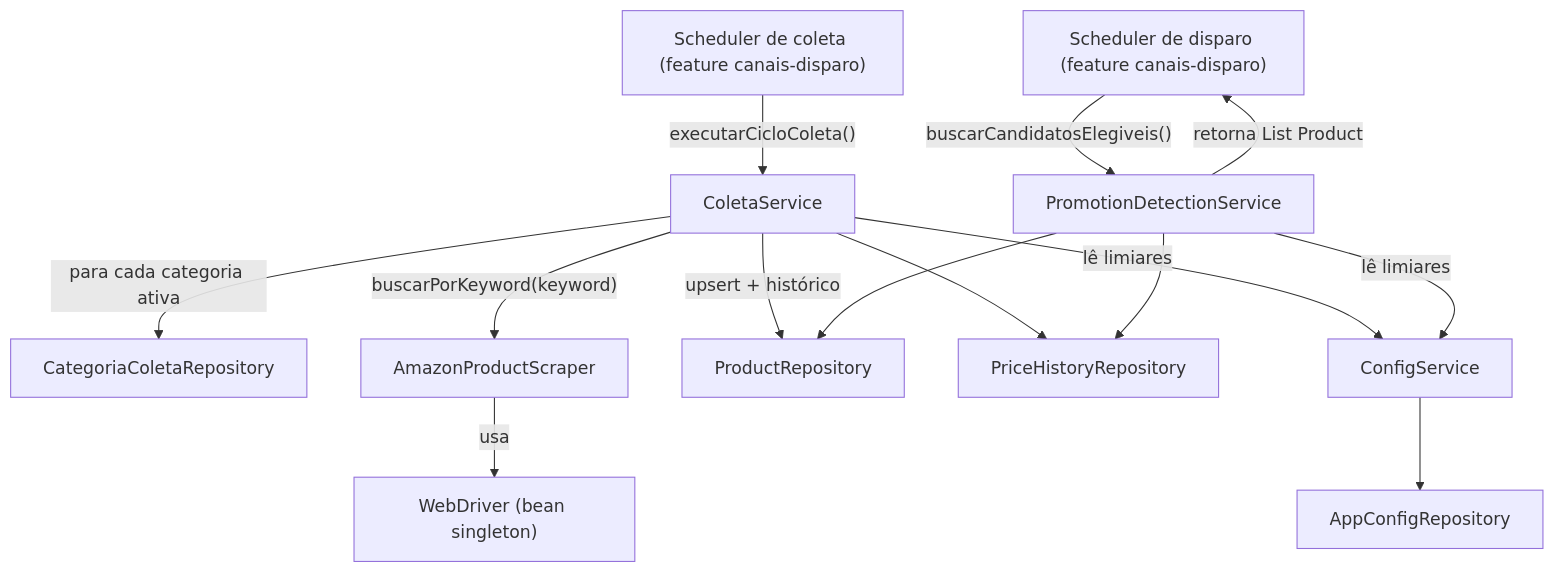
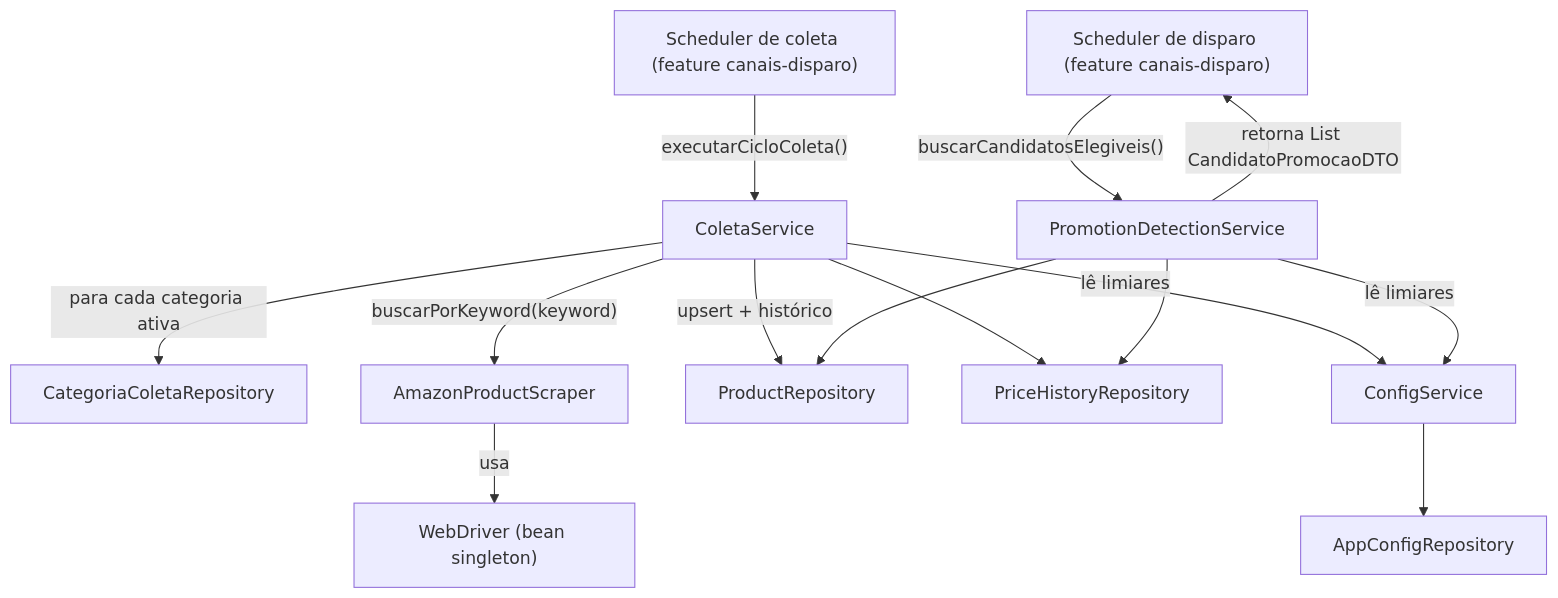
One commit to jabes-christian/bot-amazon-spring changed the diagram in .specs/features/scraping-coleta/design.md. Above: the diagram before and after it, drawn with Mermaid. The commit also changed other lines of this file and 3 other files, not shown here.

````diff
--- a/.specs/features/scraping-coleta/design.md
+++ b/.specs/features/scraping-coleta/design.md
@@ -28,17 +28,17 @@
 ```mermaid
 graph TD
     SCH["Scheduler de coleta (feature canais-disparo)"] -->|"executarCicloColeta()"| CS[ColetaService]
     CS -->|"para cada categoria ativa"| CCR[CategoriaColetaRepository]
     CS -->|"buscarPorKeyword(keyword)"| SCRAPER[AmazonProductScraper]
     SCRAPER -->|"usa"| WD["WebDriver (bean singleton)"]
     CS -->|"upsert + histórico"| PR[ProductRepository]
     CS --> PHR[PriceHistoryRepository]
     CS -->|"lê limiares"| CFG[ConfigService]
 
     DSCH["Scheduler de disparo (feature canais-disparo)"] -->|"buscarCandidatosElegiveis()"| PDS[PromotionDetectionService]
     PDS --> PR
     PDS --> PHR
     PDS -->|"lê limiares"| CFG
     CFG --> ACR[AppConfigRepository]
-    PDS -->|"retorna List Product"| DSCH
+    PDS -->|"retorna List CandidatoPromocaoDTO"| DSCH
 ```
````
